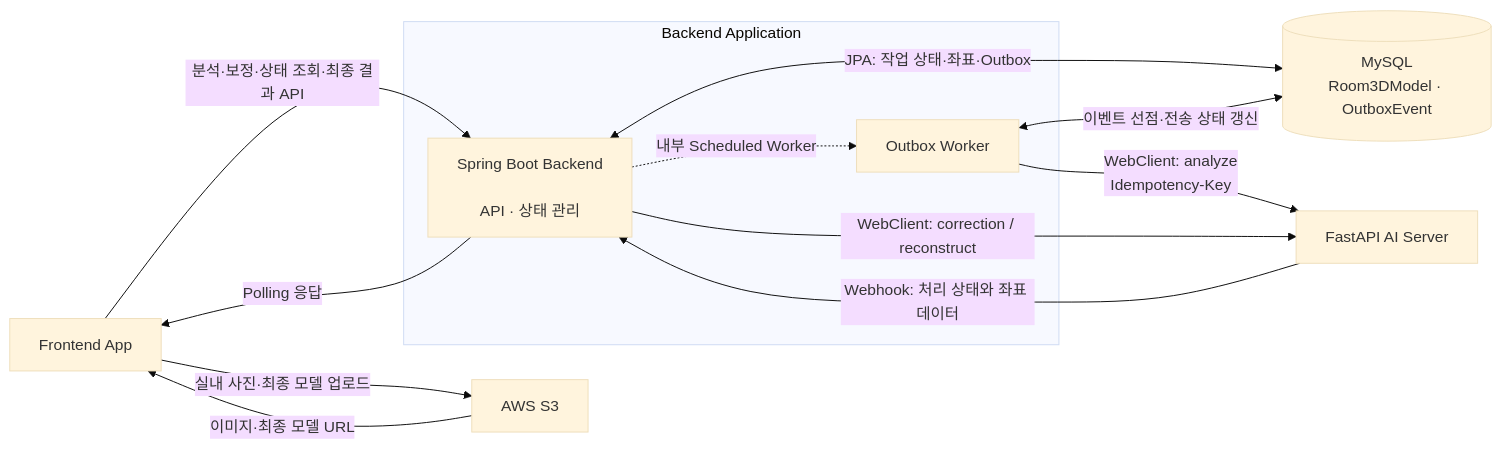
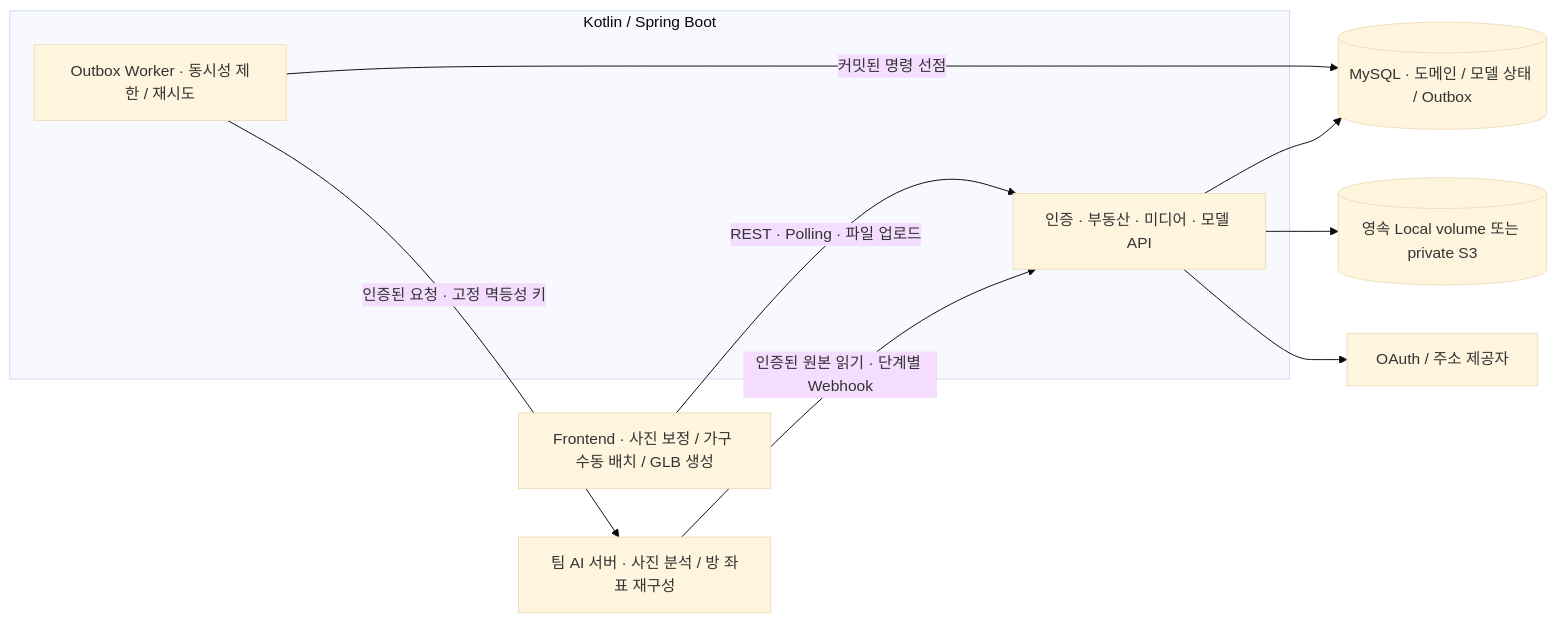
The diagram in README.md (wjs4379/3d-reconstruction-backend-portfolio), drawn with Mermaid (base theme) before and after one commit. The commit also changed other lines of this file and 170 other files, not shown here.

````diff
--- a/README.md
+++ b/README.md
@@ -31,23 +41,19 @@
 ```mermaid
 flowchart LR
-    FE["Frontend App"]
-    S3["AWS S3"]
-    subgraph APP["Backend Application"]
-        BE["Spring Boot Backend<br/>
-API · 상태 관리"]
-        WORKER["Outbox Worker"]
+    FE["Frontend · 사진 보정 / 가구 수동 배치 / GLB 생성"]
+    subgraph Backend["Kotlin / Spring Boot"]
+        API["인증 · 부동산 · 미디어 · 모델 API"]
+        W["Outbox Worker · 동시성 제한 / 재시도"]
     end
-    DB[("MySQL<br/>Room3DModel · OutboxEvent")]
-    AI["FastAPI AI Server"]
-
-    FE -->|"실내 사진·최종 모델 업로드"| S3
-    S3 -->|"이미지·최종 모델 URL"| FE
-    FE -->|"분석·보정·상태 조회·최종 결과 API"| BE
-    BE <-->|"JPA: 작업 상태·좌표·Outbox"| DB
-    BE -.->|"내부 Scheduled Worker"| WORKER
-    WORKER <-->|"이벤트 선점·전송 상태 갱신"| DB
-    WORKER -->|"WebClient: analyze<br/>Idempotency-Key"| AI
-    BE -->|"WebClient: correction / reconstruct"| AI
-    AI -->|"Webhook: 처리 상태와 좌표 데이터"| BE
-    BE -->|"Polling 응답"| FE
+    DB[("MySQL · 도메인 / 모델 상태 / Outbox")]
+    FILE[("영속 Local volume 또는 private S3")]
+    AI["팀 AI 서버 · 사진 분석 / 방 좌표 재구성"]
+    OAUTH["OAuth / 주소 제공자"]
+    FE -->|"REST · Polling · 파일 업로드"| API
+    API --> DB
+    API --> FILE
+    API --> OAUTH
+    W -->|"커밋된 명령 선점"| DB
+    W -->|"인증된 요청 · 고정 멱등성 키"| AI
+    AI -->|"인증된 원본 읽기 · 단계별 Webhook"| API
 ```
````
